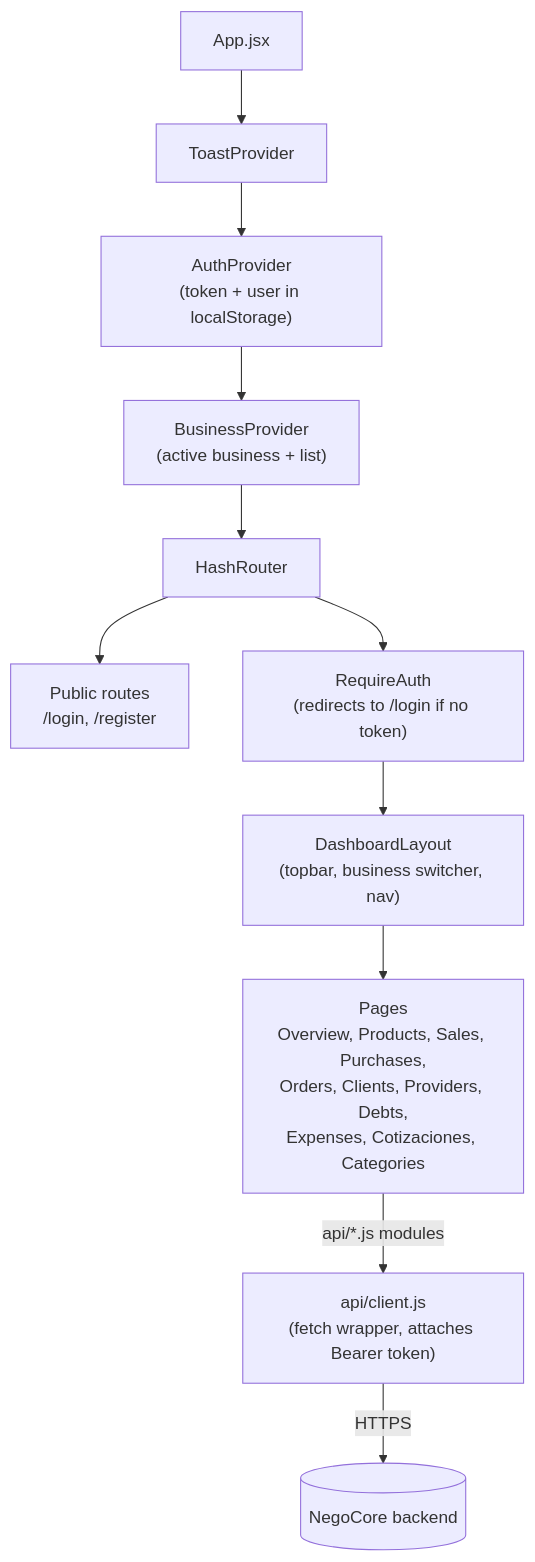
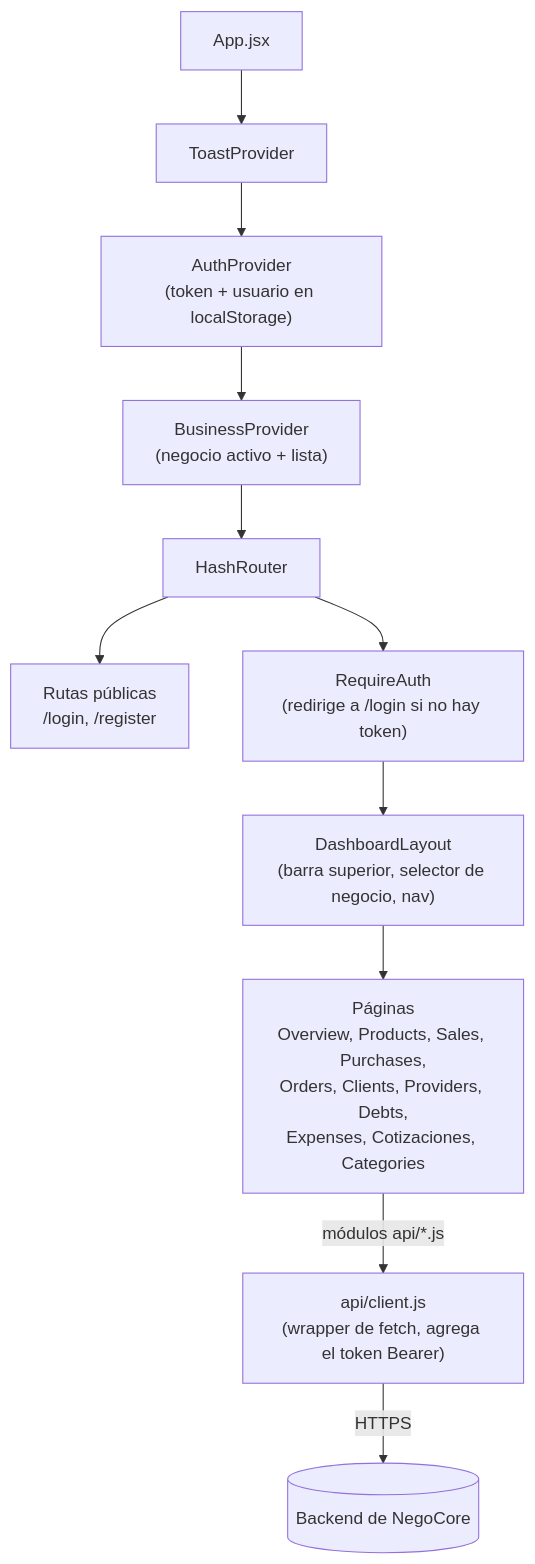
The first of 2 diagrams in README.md (Jhonmario8/NegoCore-Frontend), drawn with Mermaid before and after one commit. The commit also changed other lines of this file, not shown here.

````diff
--- a/README.md
+++ b/README.md
@@ -33,21 +34,21 @@
 ```mermaid
 flowchart TB
     App["App.jsx"]
     Toast["ToastProvider"]
-    Auth["AuthProvider<br/>(token + user in localStorage)"]
-    Business["BusinessProvider<br/>(active business + list)"]
+    Auth["AuthProvider<br/>(token + usuario en localStorage)"]
+    Business["BusinessProvider<br/>(negocio activo + lista)"]
     Router["HashRouter"]
 
-    Public["Public routes<br/>/login, /register"]
-    Guard["RequireAuth<br/>(redirects to /login if no token)"]
-    Layout["DashboardLayout<br/>(topbar, business switcher, nav)"]
-    Pages["Pages<br/>Overview, Products, Sales, Purchases,<br/>Orders, Clients, Providers, Debts,<br/>Expenses, Cotizaciones, Categories"]
+    Public["Rutas públicas<br/>/login, /register"]
+    Guard["RequireAuth<br/>(redirige a /login si no hay token)"]
+    Layout["DashboardLayout<br/>(barra superior, selector de negocio, nav)"]
+    Pages["Páginas<br/>Overview, Products, Sales, Purchases,<br/>Orders, Clients, Providers, Debts,<br/>Expenses, Cotizaciones, Categories"]
 
-    Client["api/client.js<br/>(fetch wrapper, attaches Bearer token)"]
-    Backend[("NegoCore backend")]
+    Client["api/client.js<br/>(wrapper de fetch, agrega el token Bearer)"]
+    Backend[("Backend de NegoCore")]
 
     App --> Toast --> Auth --> Business --> Router
     Router --> Public
     Router --> Guard --> Layout --> Pages
-    Pages -->|api/*.js modules| Client -->|HTTPS| Backend
+    Pages -->|módulos api/*.js| Client -->|HTTPS| Backend
 ```
````
